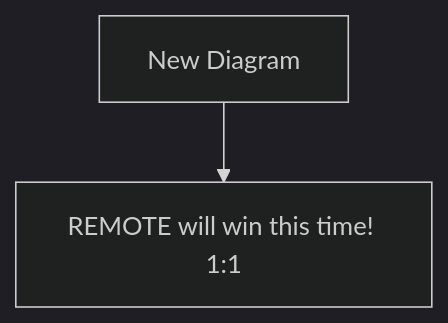
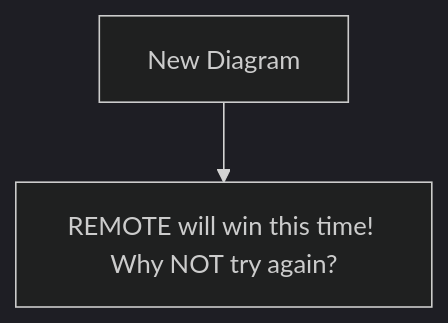
Before and after one commit to Skreen5hot/Ontology-of-Freedom: the diagram in mermaid/This is a test.mmd, drawn with Mermaid (dark theme).

Commit message:
Update This is a test.mmd

```diff
--- a/mermaid/This is a test.mmd
+++ b/mermaid/This is a test.mmd
@@ -1,2 +1,2 @@
 graph TD
-    A[New Diagram] --> B[REMOTE will win this time! 1:1];
+    A[New Diagram] --> B[REMOTE will win this time! Why NOT try again?];
```
